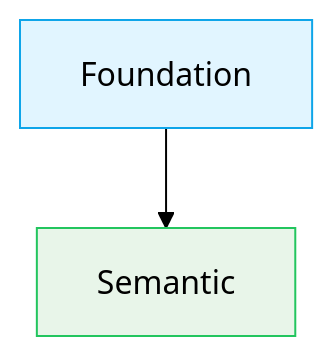
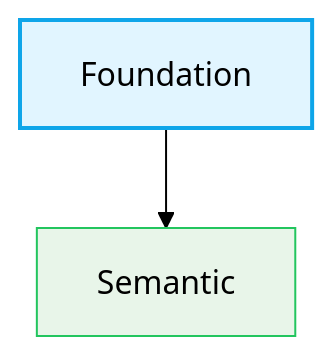
One commit to drYauhen/envy-ui-v2 changed the second of 2 diagrams in docs/workflows/adr-workflow.md. Above: the diagram before and after it, drawn with Mermaid (forest theme). The commit also changed other lines of this file and 31 other files, not shown here.

````diff
--- a/docs/workflows/adr-workflow.md
+++ b/docs/workflows/adr-workflow.md
@@ -166,7 +188,7 @@
 ```mermaid
 graph TD
-    A[Foundation] --> B[Semantic]
+    A["Foundation"] --> B["Semantic"]
     
-    style A fill:#e1f5ff,stroke:#0ea5e9
+    style A fill:#e1f5ff,stroke:#0ea5e9,stroke-width:2px
     style B fill:#e8f5e9,stroke:#22c55e
 ```
````
